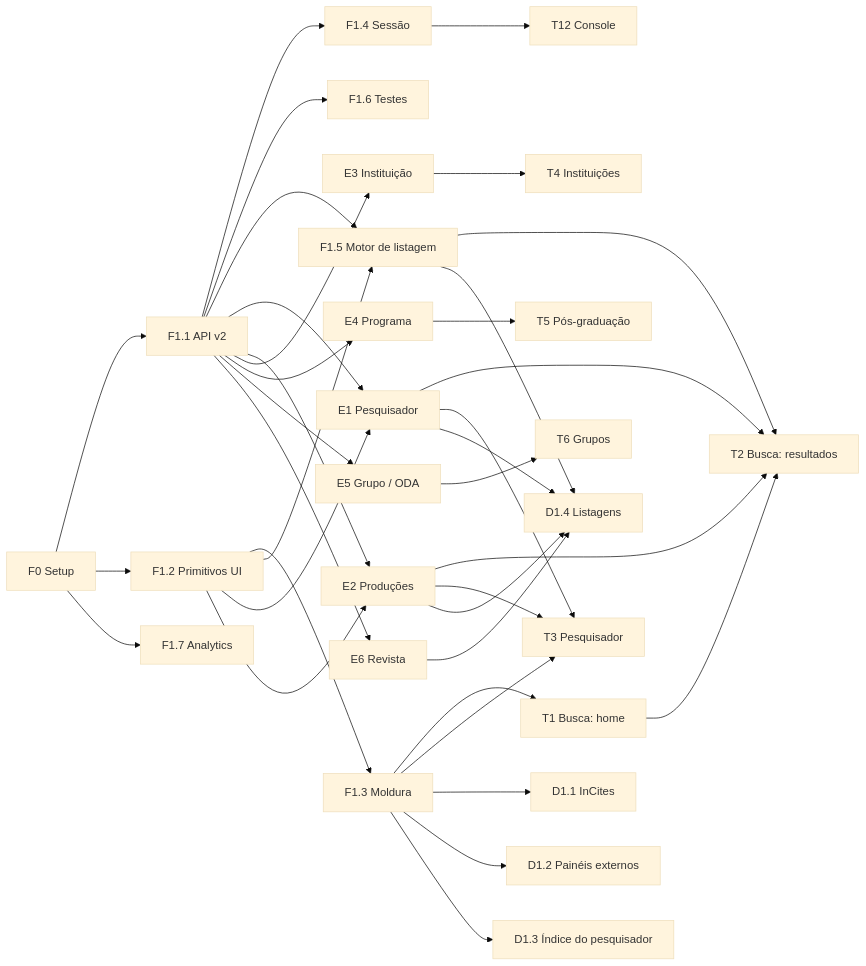
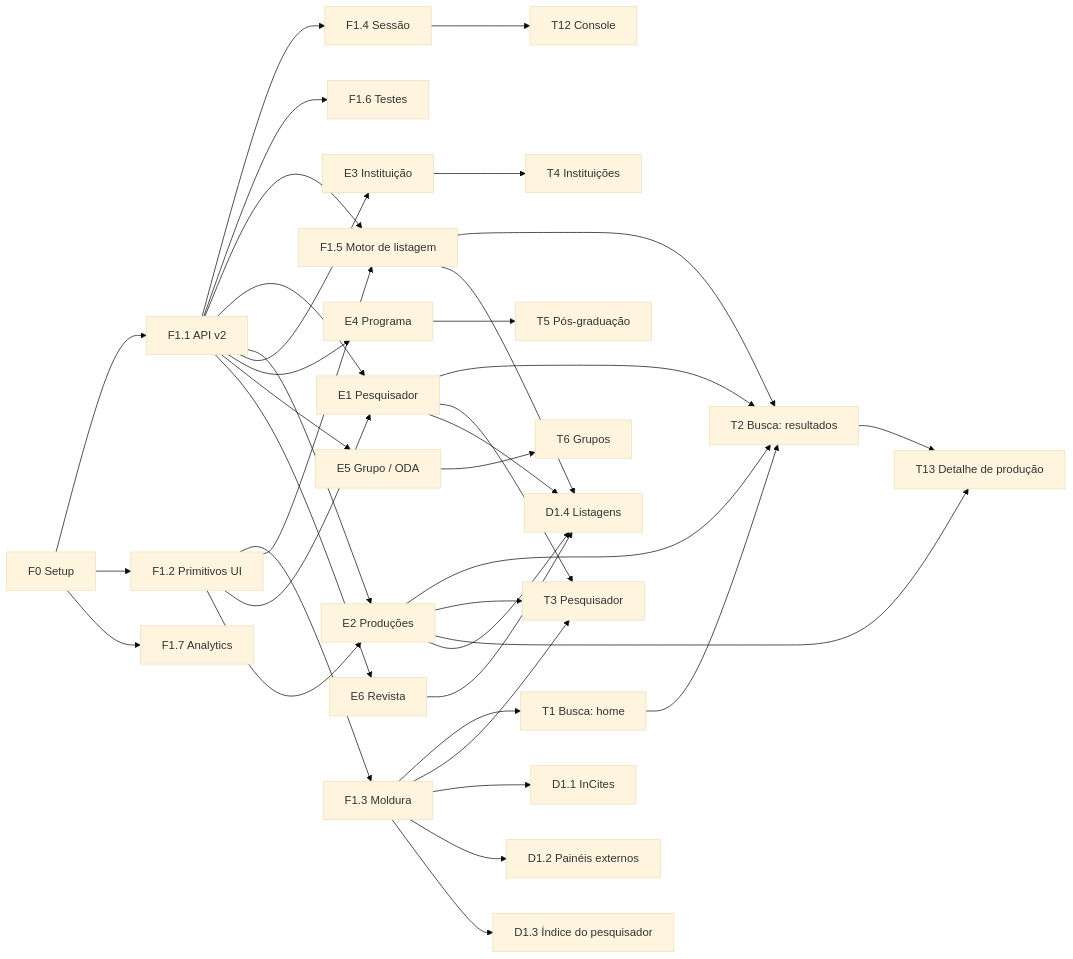
The diagram in docs/roadmap.md (observatorio-secti/simcc-front), drawn with Mermaid (base theme) before and after one commit. The commit also changed other lines of this file and 24 other files, not shown here.

````diff
--- a/docs/roadmap.md
+++ b/docs/roadmap.md
@@ -17,38 +17,40 @@
 ```mermaid
 graph LR
   F0[F0 Setup] --> F11[F1.1 API v2]
   F0 --> F12[F1.2 Primitivos UI]
   F0 --> F17[F1.7 Analytics]
   F12 --> F13[F1.3 Moldura]
   F11 --> F14[F1.4 Sessão]
   F11 --> F16[F1.6 Testes]
   F11 --> F15[F1.5 Motor de listagem]
   F12 --> F15
   F11 --> E1[E1 Pesquisador]
   F12 --> E1
   F11 --> E2[E2 Produções]
   F12 --> E2
   F11 --> E3[E3 Instituição]
   F11 --> E4[E4 Programa]
   F11 --> E5[E5 Grupo / ODA]
   F13 --> T1[T1 Busca: home]
   F15 --> T2[T2 Busca: resultados]
   T1 --> T2
   E1 --> T2
   E2 --> T2
   E1 --> T3[T3 Pesquisador]
   E2 --> T3
   F13 --> T3
+  E2 --> T13[T13 Detalhe de produção]
+  T2 --> T13
   E3 --> T4[T4 Instituições]
   E4 --> T5[T5 Pós-graduação]
   E5 --> T6[T6 Grupos]
   F11 --> E6[E6 Revista]
   F13 --> D11[D1.1 InCites]
   F13 --> D12[D1.2 Painéis externos]
   F13 --> D13[D1.3 Índice do pesquisador]
   F15 --> D14[D1.4 Listagens]
   E1 --> D14
   E2 --> D14
   E6 --> D14
   F14 --> T12[T12 Console]
 ```
````
